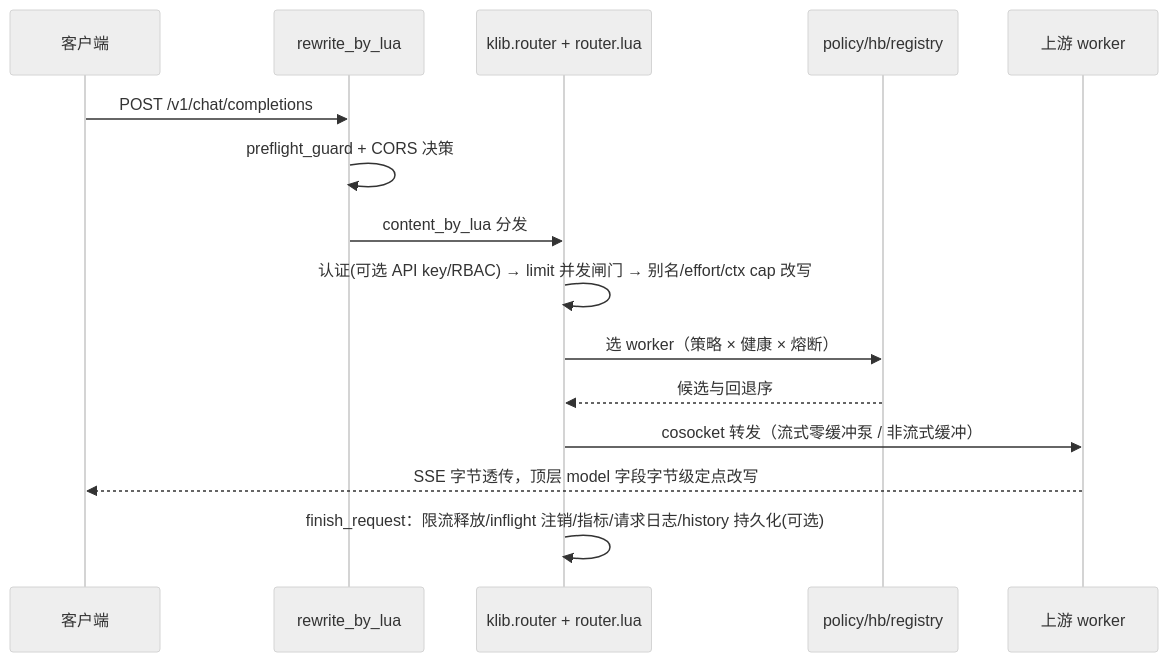
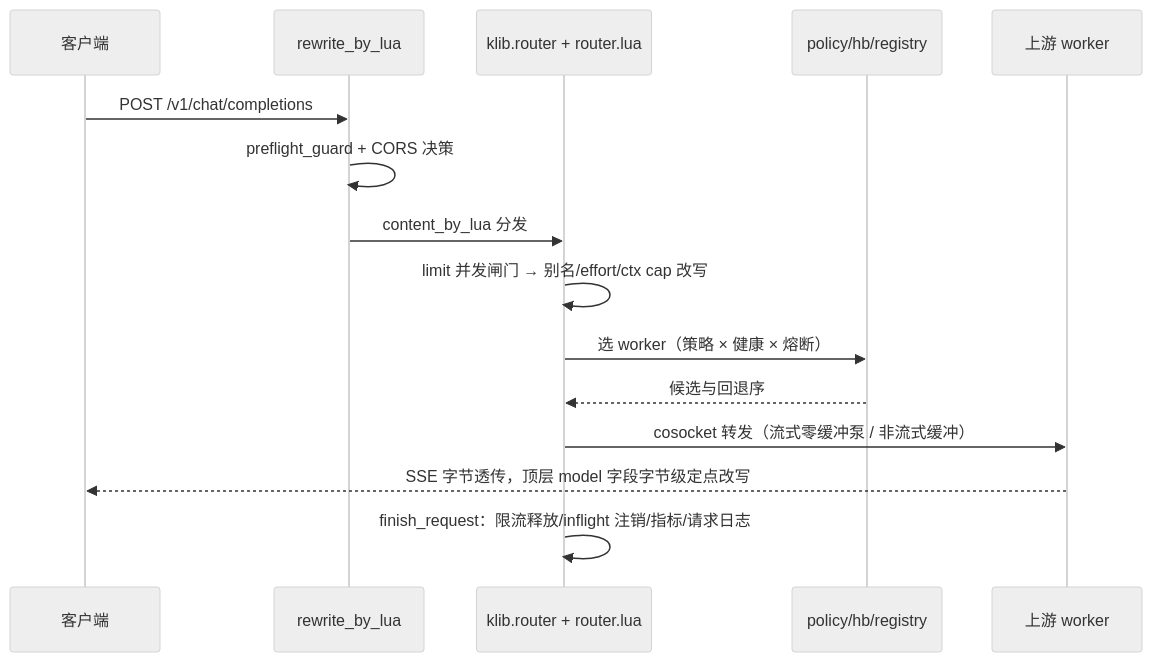
Before and after one commit to yorkane/lua-router: the second of 2 diagrams in doc/architect.md, drawn with Mermaid (neutral theme). The commit also changed other lines of this file and 1 other file, not shown here.

Commit message:
docs: refresh architect.md and scope-trim.md to the post-trim state (15 gates, contract 580)

````diff
--- a/doc/architect.md
+++ b/doc/architect.md
@@ -97,17 +86,17 @@
 ```mermaid
 sequenceDiagram
   participant CL as 客户端
   participant RW as rewrite_by_lua
   participant KR as klib.router + router.lua
   participant PL as policy/hb/registry
   participant UP as 上游 worker
   CL->>RW: POST /v1/chat/completions
   RW->>RW: preflight_guard + CORS 决策
   RW->>KR: content_by_lua 分发
-  KR->>KR: 认证(可选 API key/RBAC) → limit 并发闸门 → 别名/effort/ctx cap 改写
+  KR->>KR: limit 并发闸门 → 别名/effort/ctx cap 改写
   KR->>PL: 选 worker（策略 × 健康 × 熔断）
   PL-->>KR: 候选与回退序
   KR->>UP: cosocket 转发（流式零缓冲泵 / 非流式缓冲）
   UP-->>CL: SSE 字节透传，顶层 model 字段字节级定点改写
-  KR->>KR: finish_request：限流释放/inflight 注销/指标/请求日志/history 持久化(可选)
+  KR->>KR: finish_request：限流释放/inflight 注销/指标/请求日志
 ```
````
